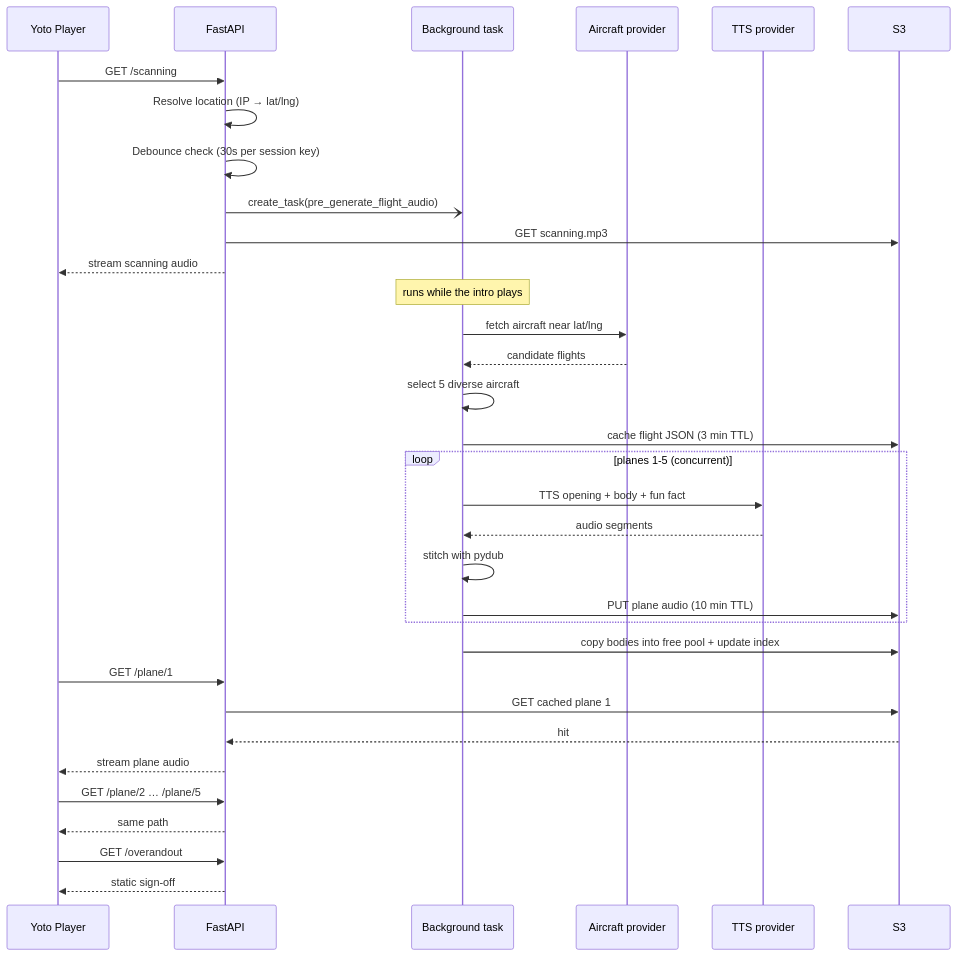
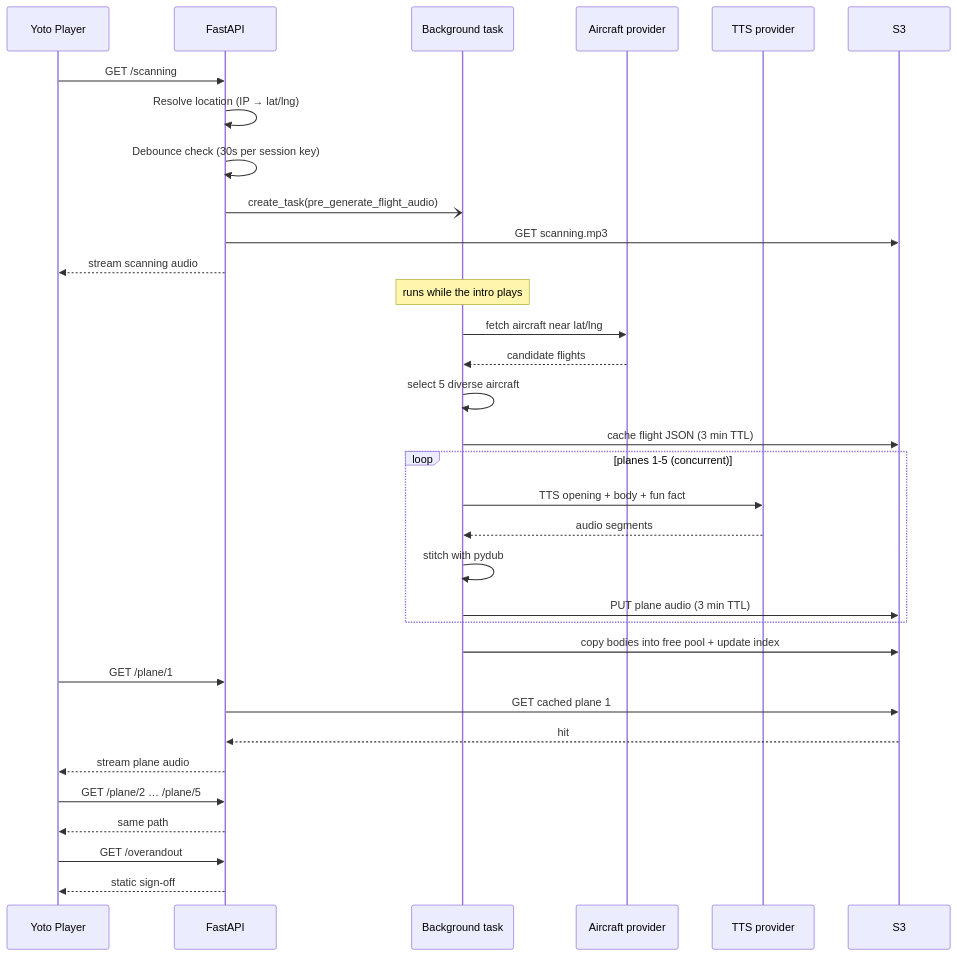
One commit to cjkm3rriman/dreaming-of-a-jet-plane changed the second of 8 diagrams in docs/ARCHITECTURE.md. Above: the diagram before and after it, drawn with Mermaid. The commit also changed other lines of this file, not shown here.

First line of the commit message:
Update architecture docs for the staleness and tech-debt fixes (#42)

````diff
--- a/docs/ARCHITECTURE.md
+++ b/docs/ARCHITECTURE.md
@@ -95,40 +95,40 @@
 ```mermaid
 sequenceDiagram
     participant Y as Yoto Player
     participant A as FastAPI
     participant BG as Background task
     participant P as Aircraft provider
     participant T as TTS provider
     participant S3 as S3
 
     Y->>A: GET /scanning
     A->>A: Resolve location (IP → lat/lng)
     A->>A: Debounce check (30s per session key)
     A-)BG: create_task(pre_generate_flight_audio)
     A->>S3: GET scanning.mp3
     A-->>Y: stream scanning audio
 
     Note over BG: runs while the intro plays
     BG->>P: fetch aircraft near lat/lng
     P-->>BG: candidate flights
     BG->>BG: select 5 diverse aircraft
     BG->>S3: cache flight JSON (3 min TTL)
     loop planes 1-5 (concurrent)
         BG->>T: TTS opening + body + fun fact
         T-->>BG: audio segments
         BG->>BG: stitch with pydub
-        BG->>S3: PUT plane audio (10 min TTL)
+        BG->>S3: PUT plane audio (3 min TTL)
     end
     BG->>S3: copy bodies into free pool + update index
 
     Y->>A: GET /plane/1
     A->>S3: GET cached plane 1
     S3-->>A: hit
     A-->>Y: stream plane audio
 
     Y->>A: GET /plane/2 … /plane/5
     A-->>Y: same path
 
     Y->>A: GET /overandout
     A-->>Y: static sign-off
 ```
````
